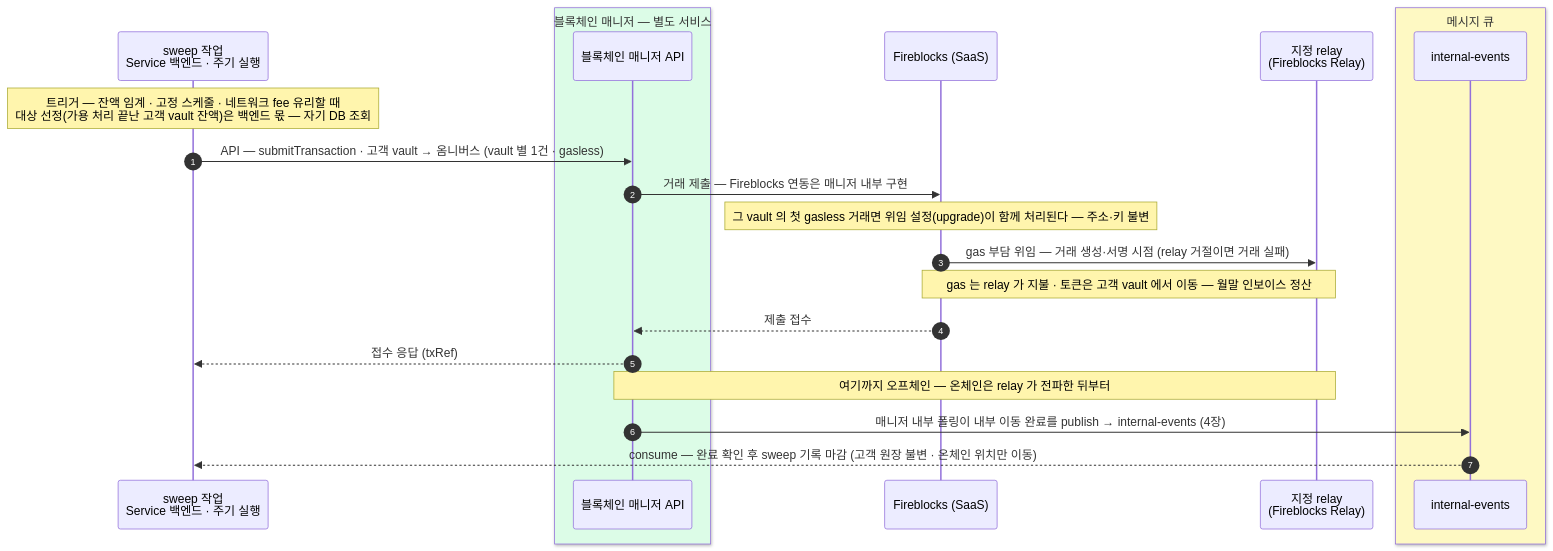
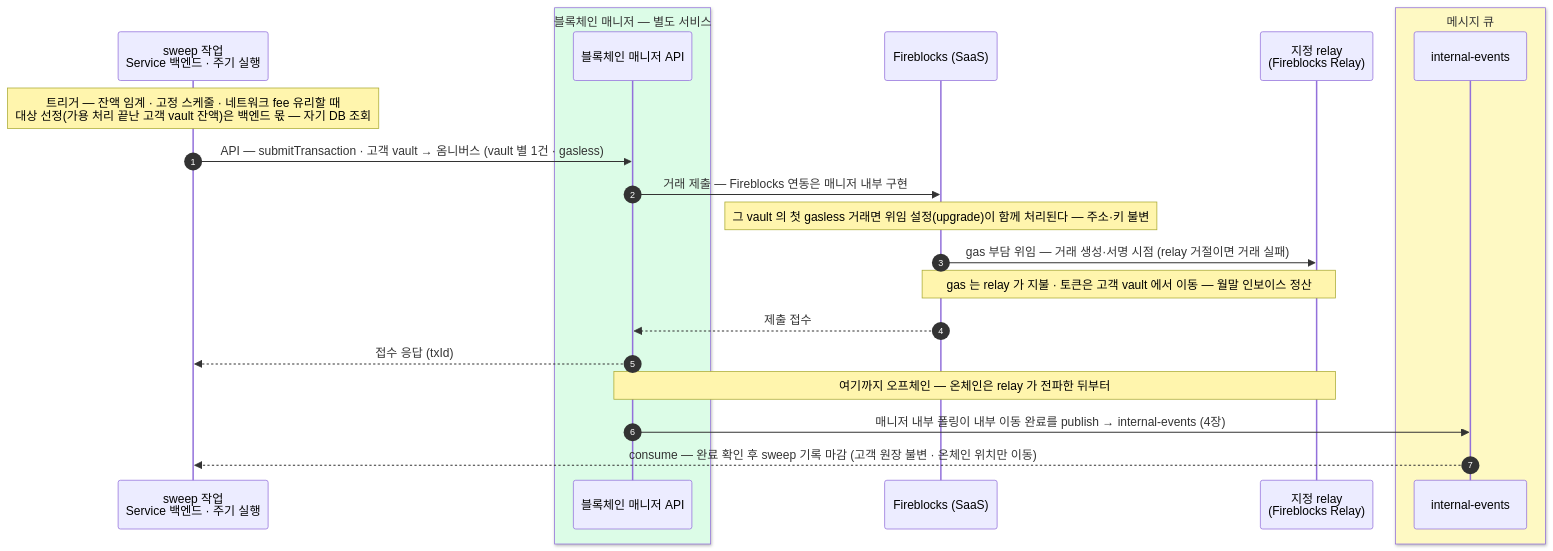
One commit to eunsujeo/eunpus changed the second of 2 diagrams in blockchain-manager/docs/블록체인매니저/설계/05-deposit.md. Above: the diagram before and after it, drawn with Mermaid. The commit also changed other lines of this file and 8 other files, not shown here.

````diff
--- a/blockchain-manager/docs/블록체인매니저/설계/05-deposit.md
+++ b/blockchain-manager/docs/블록체인매니저/설계/05-deposit.md
@@ -88,25 +88,25 @@
 ```mermaid
 sequenceDiagram
     autonumber
     participant SW as sweep 작업<br/>Service 백엔드 · 주기 실행
     box rgb(220,252,231) 블록체인 매니저 — 별도 서비스
     participant BM as 블록체인 매니저 API
     end
     participant FB as Fireblocks (SaaS)
     participant RL as 지정 relay<br/>(Fireblocks Relay)
     box rgb(254,249,195) 메시지 큐
     participant MQ as internal-events
     end
 
     Note over SW: 트리거 — 잔액 임계 · 고정 스케줄 · 네트워크 fee 유리할 때<br/>대상 선정(가용 처리 끝난 고객 vault 잔액)은 백엔드 몫 — 자기 DB 조회
     SW->>BM: API — submitTransaction · 고객 vault → 옴니버스 (vault 별 1건 · gasless)
     BM->>FB: 거래 제출 — Fireblocks 연동은 매니저 내부 구현
     Note over FB: 그 vault 의 첫 gasless 거래면 위임 설정(upgrade)이 함께 처리된다 — 주소·키 불변
     FB->>RL: gas 부담 위임 — 거래 생성·서명 시점 (relay 거절이면 거래 실패)
     Note over FB,RL: gas 는 relay 가 지불 · 토큰은 고객 vault 에서 이동 — 월말 인보이스 정산
     FB-->>BM: 제출 접수
-    BM-->>SW: 접수 응답 (txRef)
+    BM-->>SW: 접수 응답 (txId)
     Note over BM,RL: 여기까지 오프체인 — 온체인은 relay 가 전파한 뒤부터
     BM->>MQ: 매니저 내부 폴링이 내부 이동 완료를 publish → internal-events (4장)
     MQ-->>SW: consume — 완료 확인 후 sweep 기록 마감 (고객 원장 불변 · 온체인 위치만 이동)
 ```
````
